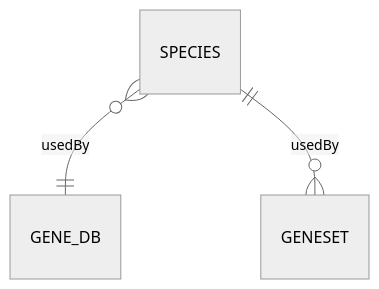
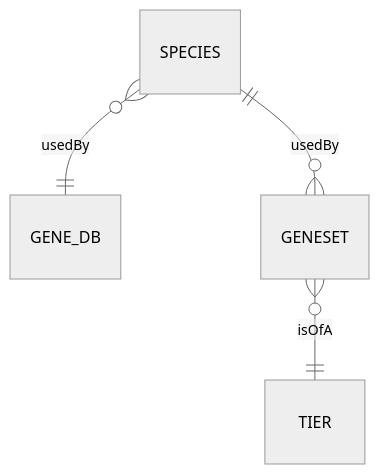
One commit to TheJacksonLaboratory/geneweaver changed the second of 4 diagrams in docs/concepts/geneweaver-data-model.md. Above: the diagram before and after it, drawn with Mermaid (neutral theme). The commit also changed other lines of this file, not shown here.

````diff
--- a/docs/concepts/geneweaver-data-model.md
+++ b/docs/concepts/geneweaver-data-model.md
@@ -40,6 +45,6 @@
 ``` mermaid
 erDiagram
     SPECIES }o--|| GENE_DB : usedBy
     SPECIES ||--o{ GENESET : usedBy
-    SPECIES
+    GENESET }o--|| TIER : isOfA
 ```
````
